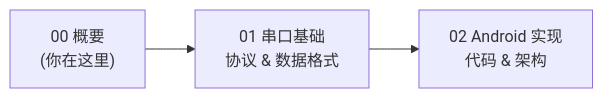
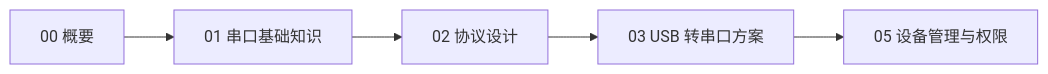
Before and after one commit to Jalever/android-knowledge-base: the fourth of 4 diagrams in 04-串口通信serial-communication/00-概要overview.md, drawn with Mermaid. The commit also changed other lines of this file and 25 other files, not shown here.

````diff
--- a/04-串口通信serial-communication/00-概要overview.md
+++ b/04-串口通信serial-communication/00-概要overview.md
@@ -94,5 +186,7 @@
 ```mermaid
 graph LR
-    A["00 概要<br/>(你在这里)"] --> B["01 串口基础<br/>协议 & 数据格式"]
-    B --> C["02 Android 实现<br/>代码 & 架构"]
+    A["00 概要"] --> B["01 串口基础知识"]
+    B --> C["02 协议设计"]
+    C --> D["03 USB 转串口方案"]
+    D --> E["05 设备管理与权限"]
 ```
````
